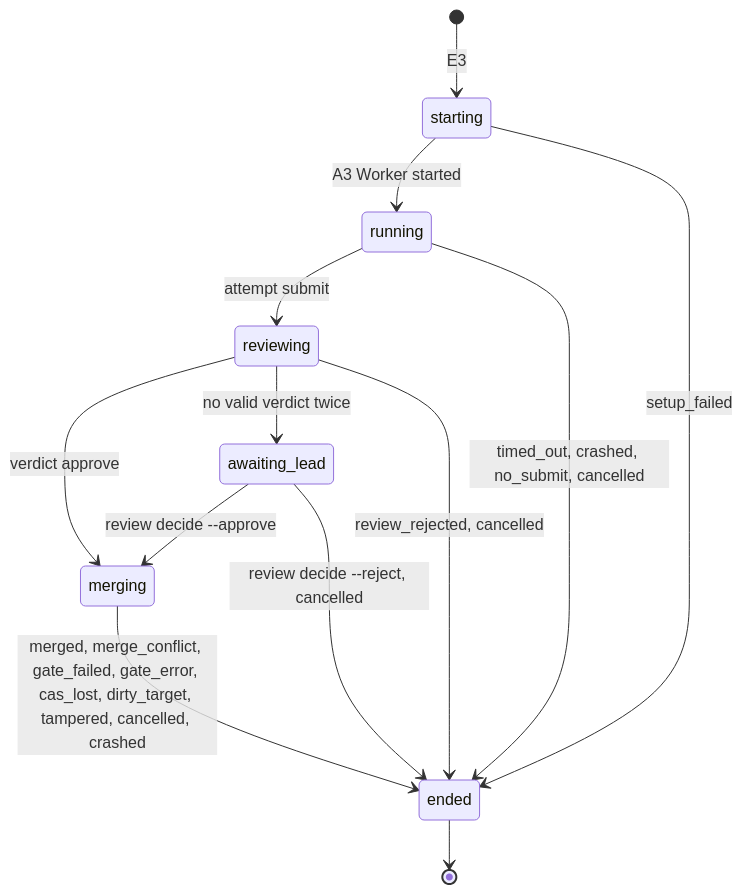
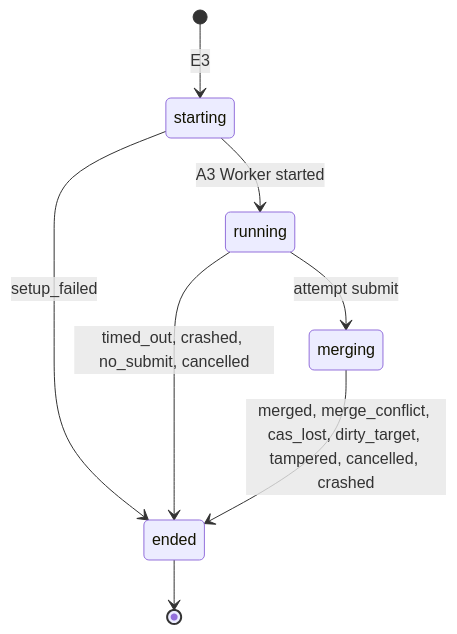
The fourth of 4 diagrams in docs/v2/contract.md (clayton-duarte/cpd), drawn with Mermaid before and after one commit. The commit also changed other lines of this file and 2 other files, not shown here.

Commit message:
docs(v2): R19/R20: no Job-level Gate or Reviewer, quick check at submit without fallback, the Gate at pr open and pr rebase

````diff
--- a/docs/v2/contract.md
+++ b/docs/v2/contract.md
@@ -420,15 +414,10 @@
 ```mermaid
 stateDiagram-v2
   [*] --> starting: E3
   starting --> running: A3 Worker started
   starting --> ended: setup_failed
-  running --> reviewing: attempt submit
+  running --> merging: attempt submit
   running --> ended: timed_out, crashed, no_submit, cancelled
-  reviewing --> merging: verdict approve
-  reviewing --> awaiting_lead: no valid verdict twice
-  reviewing --> ended: review_rejected, cancelled
-  awaiting_lead --> merging: review decide --approve
-  awaiting_lead --> ended: review decide --reject, cancelled
-  merging --> ended: merged, merge_conflict, gate_failed, gate_error, cas_lost, dirty_target, tampered, cancelled, crashed
+  merging --> ended: merged, merge_conflict, cas_lost, dirty_target, tampered, cancelled, crashed
   ended --> [*]
 ```
````
